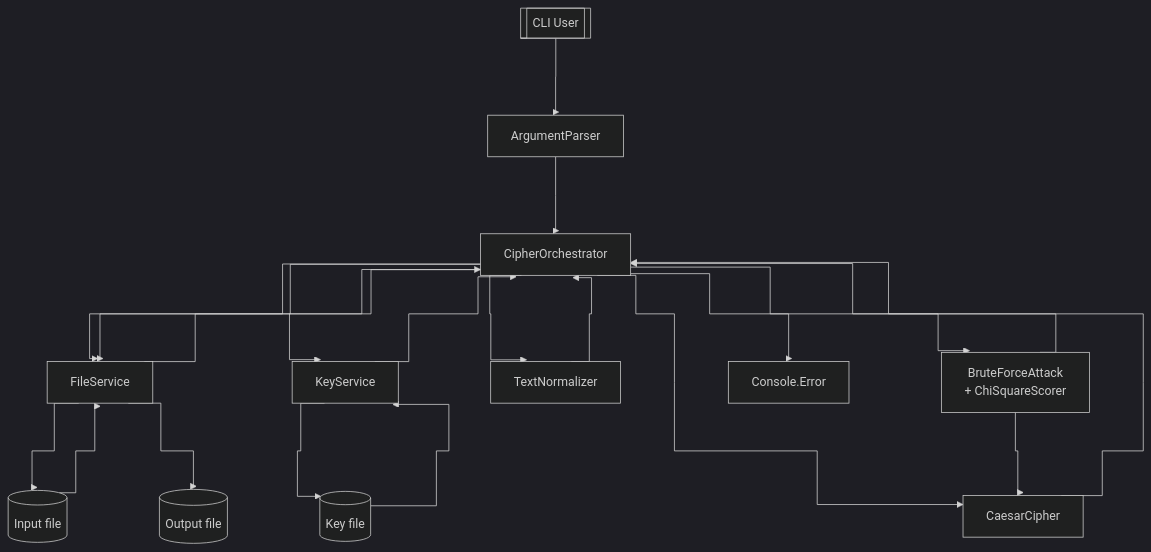
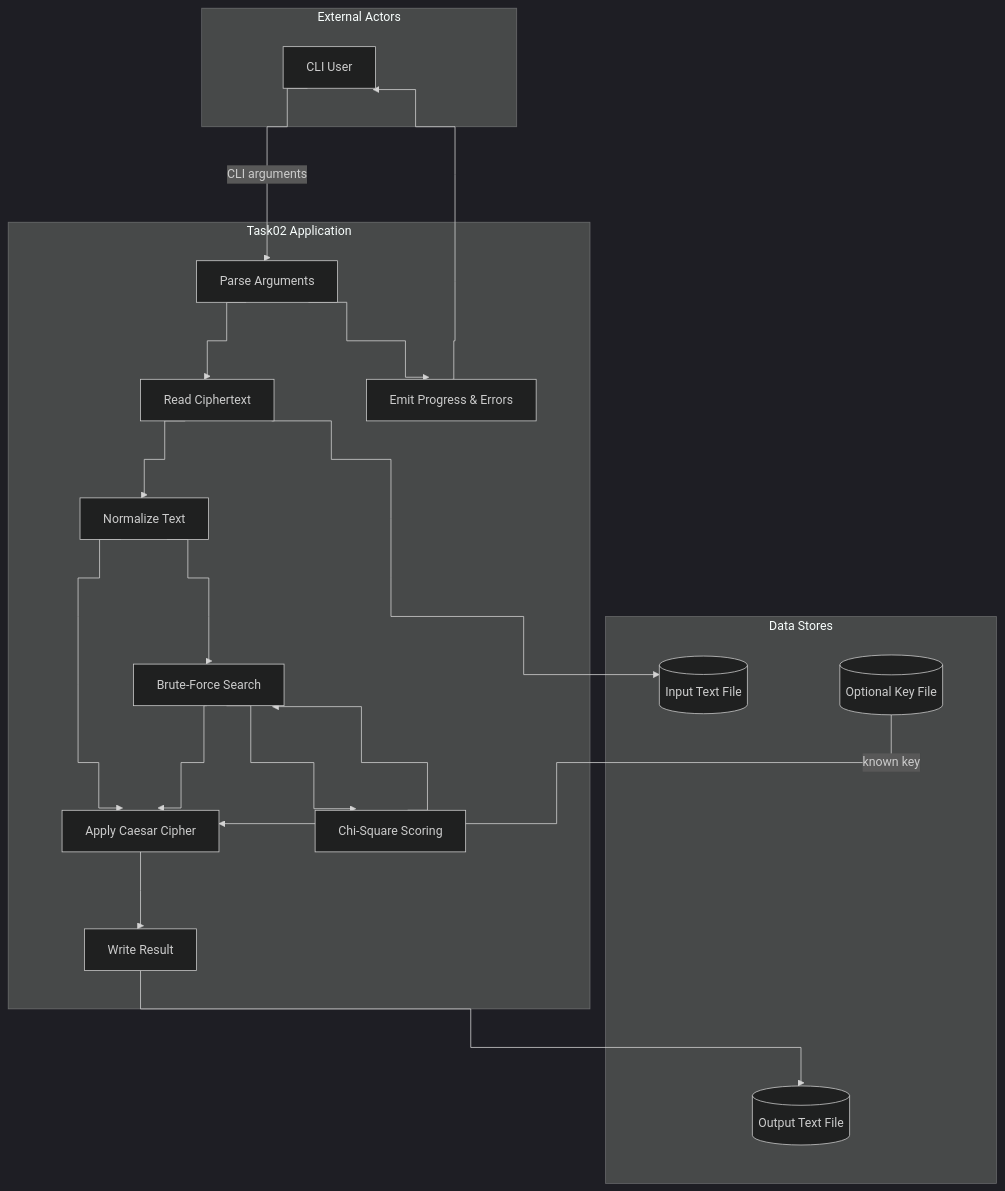
Before and after one commit to FreakyF/Cryptography-And-Cryptanalysis: the second of 4 diagrams in Lab02/KIK_1ID24B_LAB2_FUDALA_KAMIL_SZCZYTYŃSKI_ANDRZEJ.md, drawn with Mermaid (dark theme). The commit also changed other lines of this file, not shown here.

Commit message:
Fix mermaid diagrams to use ones from Lab02 instead of Lab01.

````diff
--- a/Lab02/KIK_1ID24B_LAB2_FUDALA_KAMIL_SZCZYTYŃSKI_ANDRZEJ.md
+++ b/Lab02/KIK_1ID24B_LAB2_FUDALA_KAMIL_SZCZYTYŃSKI_ANDRZEJ.md
@@ -695,44 +685,38 @@
 ```mermaid
 %%{init: {
   "flowchart": { "curve":"step", "nodeSpacing": 120, "rankSpacing": 100 }
 }}%%
 flowchart TD
-    user[["CLI User"]]
-    parser["ArgumentParser"]
-    orchestrator["CipherOrchestrator"]
-    fileService["FileService"]
-    keyService["KeyService"]
-    normalizer["TextNormalizer"]
-    cipher["CaesarCipher"]
-    brute["BruteForceAttack\n+ ChiSquareScorer"]
-    inputFile[("Input file")]
-    keyFile[("Key file")]
-    outputFile[("Output file")]
-    console["Console.Error"]
+     subgraph External Actors
+        User[CLI User]
+    end
 
-    user --> parser --> orchestrator
+    subgraph Data Stores
+        Input[(Input Text File)]
+        Key[(Optional Key File)]
+        Output[(Output Text File)]
+    end
 
-    orchestrator --> fileService
-    fileService --> inputFile
-    inputFile --> fileService
-    fileService --> orchestrator
+    subgraph Process["Task02 Application"]
+        Args[Parse Arguments]
+        Load[Read Ciphertext]
+        Normalize[Normalize Text]
+        Encrypt[Apply Caesar Cipher]
+        Attack[Brute-Force Search]
+        Score[Chi-Square Scoring]
+        Save[Write Result]
+        Report[Emit Progress & Errors]
+    end
 
-    orchestrator --> normalizer
-    normalizer --> orchestrator
-
-    orchestrator --> keyService
-    keyService --> keyFile
-    keyFile --> keyService
-    keyService --> orchestrator
-
-    orchestrator --> cipher
-    cipher --> orchestrator
-
-    orchestrator --> brute
-    brute --> cipher
-    brute --> orchestrator
-
-    orchestrator --> fileService
-    fileService --> outputFile
-    orchestrator --> console
+    User -->|CLI arguments| Args
+    Args --> Load
+    Load --> Normalize
+    Normalize --> Attack
+    Normalize --> Encrypt
+    Key -->|known key| Encrypt
+    Attack --> Encrypt
+    Attack --> Score --> Attack
+    Encrypt --> Save --> Output
+    Load --> Input
+    Args --> Report --> User
 ```
````
